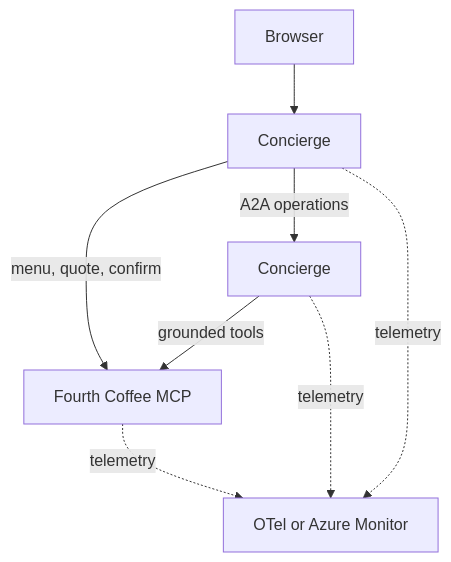
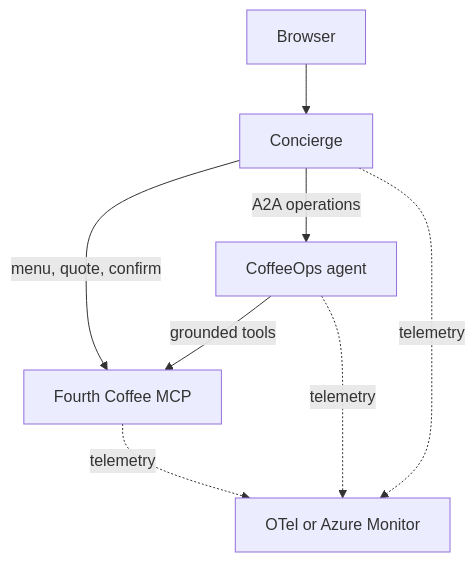
One commit to pauldotyu/fourth-coffee changed the diagram in README.md. Above: the diagram before and after it, drawn with Mermaid. The commit also changed other lines of this file and 13 other files, not shown here.

````diff
--- a/README.md
+++ b/README.md
@@ -7,10 +7,10 @@
 ```mermaid
 flowchart TD
     Browser --> Concierge
     Concierge -->|menu, quote, confirm| MCP[Fourth Coffee MCP]
-    Concierge -->|A2A operations| Ops[Concierge]
+    Concierge -->|A2A operations| Ops[CoffeeOps agent]
     Ops -->|grounded tools| MCP
     Concierge -. telemetry .-> Observe[OTel or Azure Monitor]
     Ops -. telemetry .-> Observe
     MCP -. telemetry .-> Observe
 ```
````
